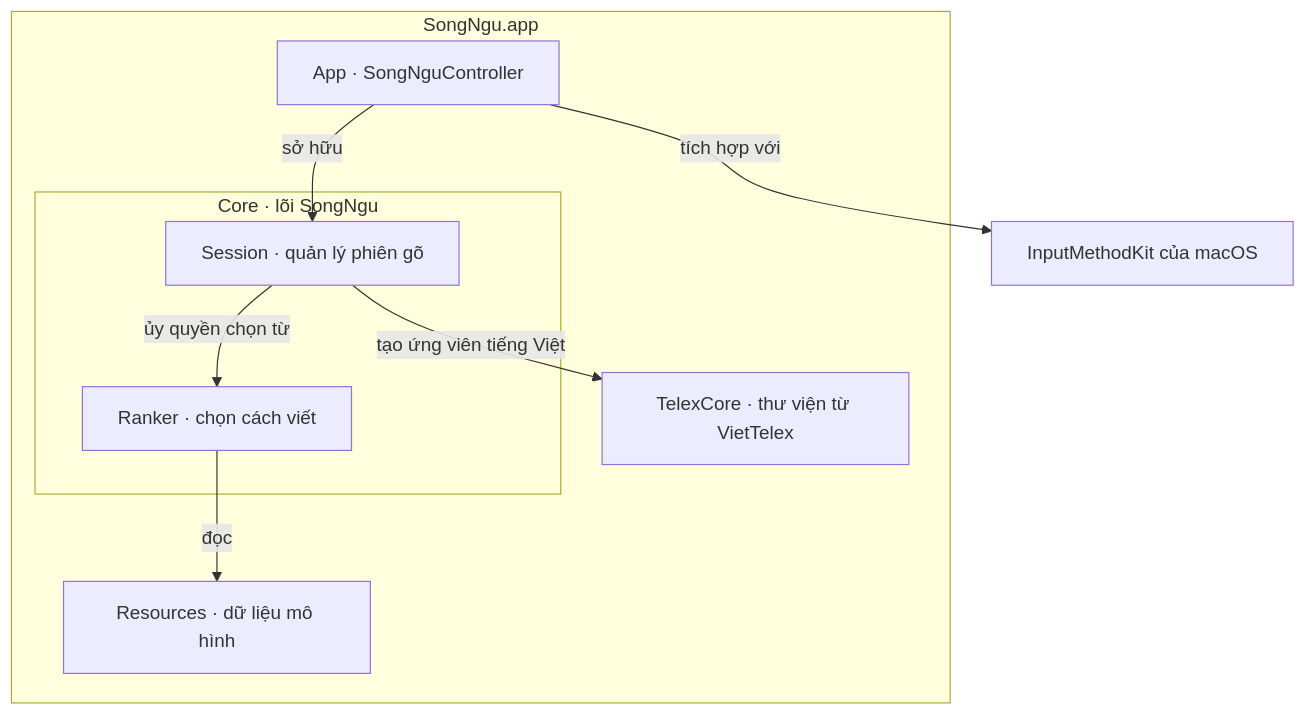
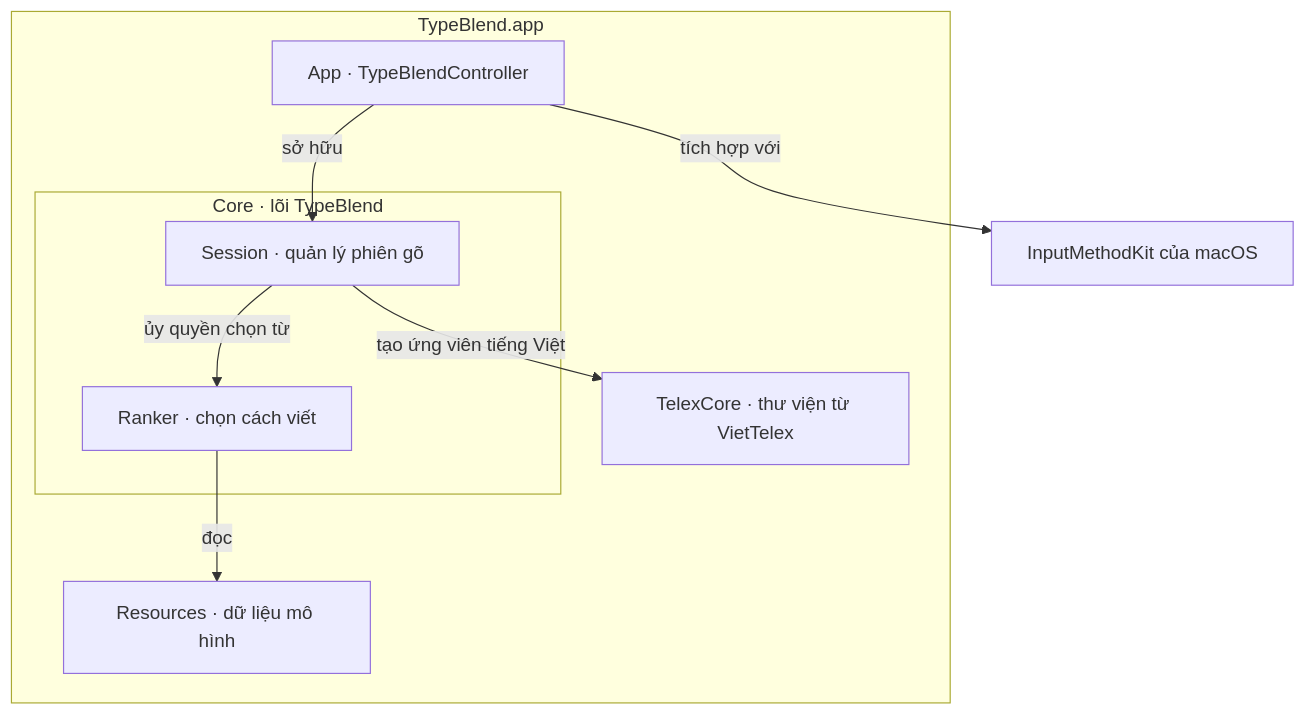
Before and after one commit to sonmai/TypeBlend: the diagram in README.md, drawn with Mermaid. The commit also changed other lines of this file and 7 other files, not shown here.

Commit message:
Rename macOS input method to TypeBlend and migrate SongNgu installations

````diff
--- a/README.md
+++ b/README.md
@@ -15,18 +15,18 @@
 ```mermaid
 flowchart TB
     mac["InputMethodKit của macOS"]
-    subgraph bundle["SongNgu.app"]
-        adapter["App · SongNguController"]
-        subgraph core["Core · lõi SongNgu"]
+    subgraph bundle["TypeBlend.app"]
+        adapter["App · TypeBlendController"]
+        subgraph core["Core · lõi TypeBlend"]
             session["Session · quản lý phiên gõ"]
             ranker["Ranker · chọn cách viết"]
         end
         telex["TelexCore · thư viện từ VietTelex"]
         assets["Resources · dữ liệu mô hình"]
     end
     adapter -->|tích hợp với| mac
     adapter -->|sở hữu| session
     session -->|tạo ứng viên tiếng Việt| telex
     session -->|ủy quyền chọn từ| ranker
     ranker -->|đọc| assets
 ```
````
